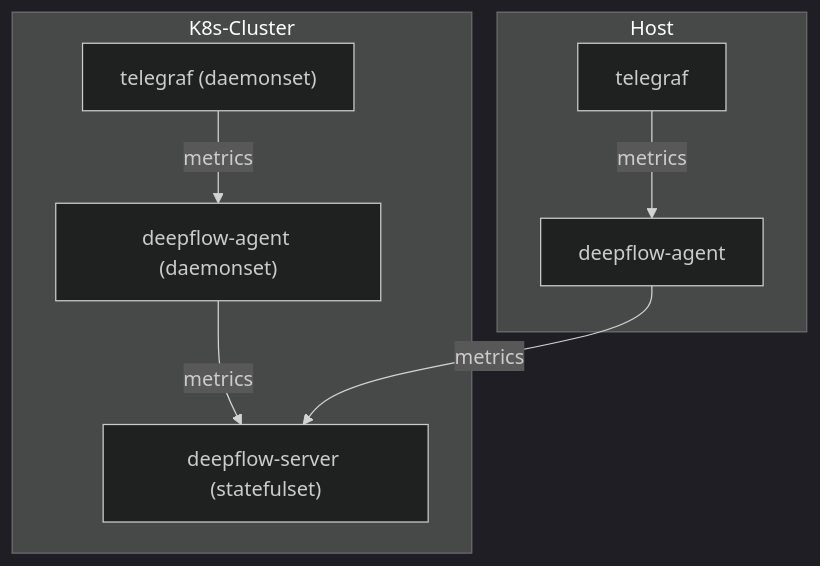
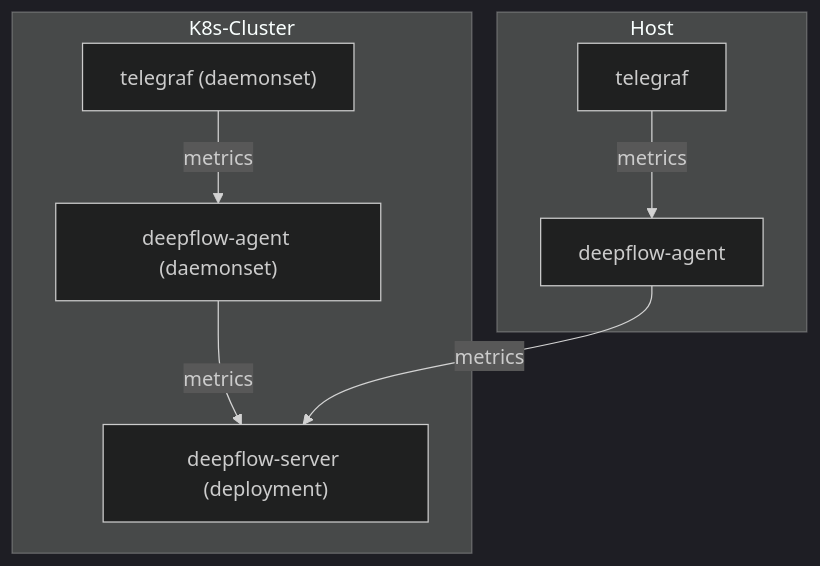
Before and after one commit to deepflowio/docs: the diagram in translate/translated/07-integration/02-input/01-metrics/03-telegraf.md, drawn with Mermaid (dark theme). The commit also changed other lines of this file and 67 other files, not shown here.

````diff
--- a/translate/translated/07-integration/02-input/01-metrics/03-telegraf.md
+++ b/translate/translated/07-integration/02-input/01-metrics/03-telegraf.md
@@ -10,20 +10,20 @@
 ```mermaid
 flowchart TD
 
 subgraph K8s-Cluster
   Telegraf1["telegraf (daemonset)"]
   DeepFlowAgent1["deepflow-agent (daemonset)"]
-  DeepFlowServer["deepflow-server (statefulset)"]
+  DeepFlowServer["deepflow-server (deployment)"]
 
   Telegraf1 -->|metrics| DeepFlowAgent1
   DeepFlowAgent1 -->|metrics| DeepFlowServer
 end
 
 subgraph Host
   Telegraf2[telegraf]
   DeepFlowAgent2[deepflow-agent]
 
   Telegraf2 -->|metrics| DeepFlowAgent2
   DeepFlowAgent2 -->|metrics| DeepFlowServer
 end
 ```
````
